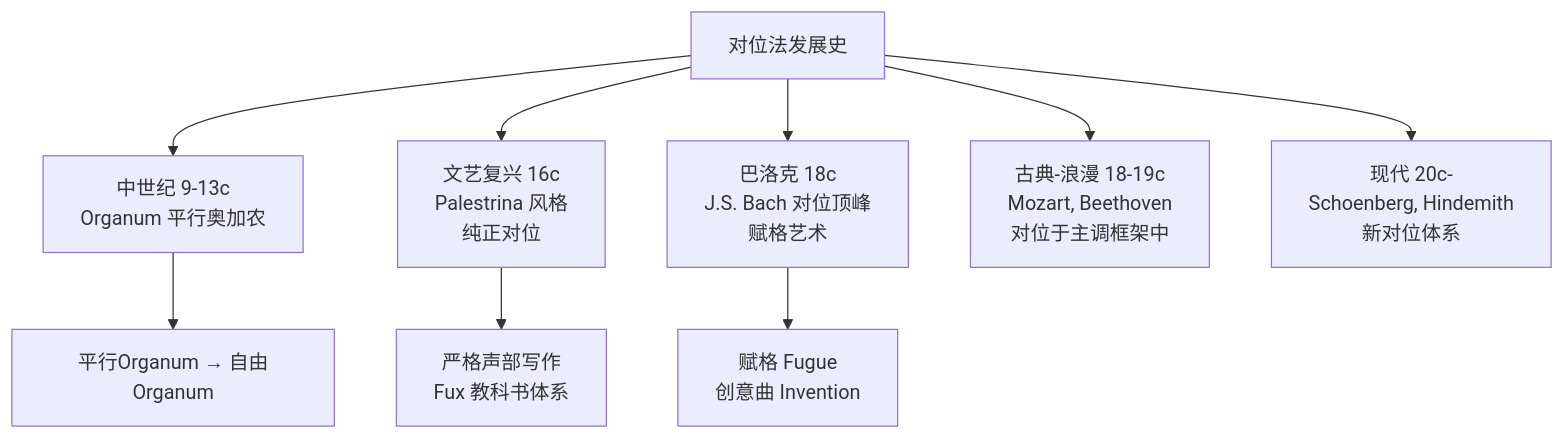
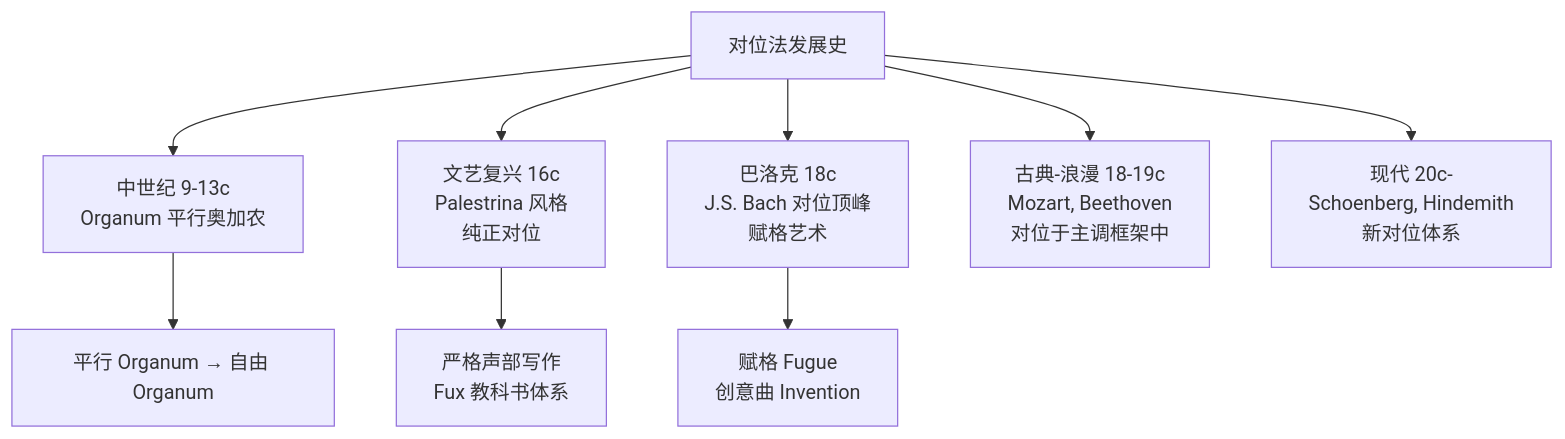
Before and after one commit to Tianshang301/TianshangKnowledgeBase: the first of 2 diagrams in 06_ArtsAndCreativity/Music/Counterpoint.md, drawn with Mermaid. The commit also changed other lines of this file and 2257 other files, not shown here.

````diff
--- a/06_ArtsAndCreativity/Music/Counterpoint.md
+++ b/06_ArtsAndCreativity/Music/Counterpoint.md
@@ -23,12 +25,12 @@
 ```mermaid
 flowchart TD
     CP[对位法发展史] --> MED[中世纪 9-13c<br/>Organum 平行奥加农]
     CP --> REN[文艺复兴 16c<br/>Palestrina 风格<br/>纯正对位]
     CP --> BAR[巴洛克 18c<br/>J.S. Bach 对位顶峰<br/>赋格艺术]
     CP --> CLAR[古典-浪漫 18-19c<br/>Mozart, Beethoven<br/>对位于主调框架中]
     CP --> MOD[现代 20c-<br/>Schoenberg, Hindemith<br/>新对位体系]
     
-    MED --> M1[平行Organum → 自由Organum]
+    MED --> M1[平行 Organum → 自由 Organum]
     REN --> M2[严格声部写作<br/>Fux 教科书体系]
     BAR --> M3[赋格 Fugue<br/>创意曲 Invention]
 ```
````
